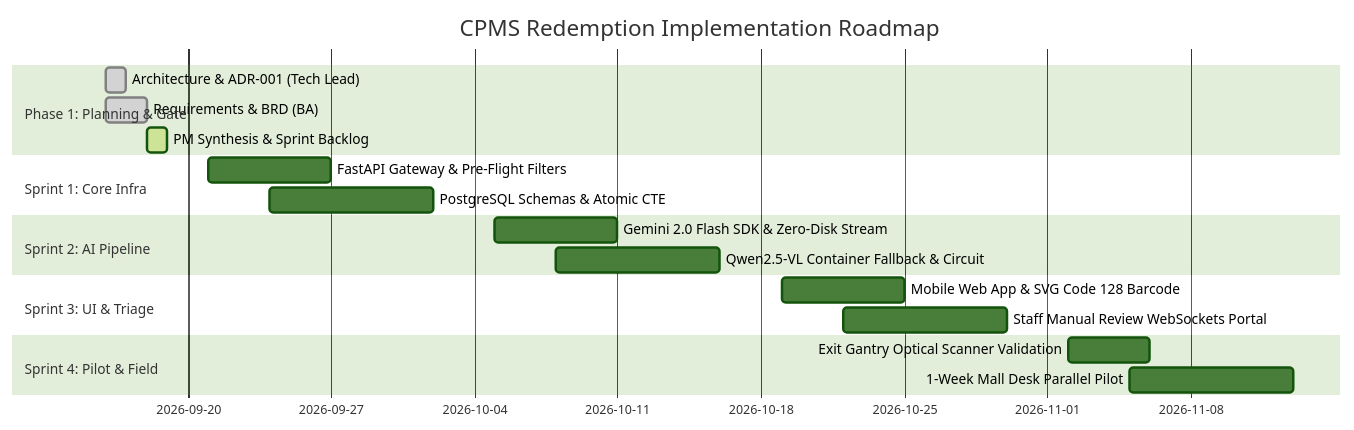
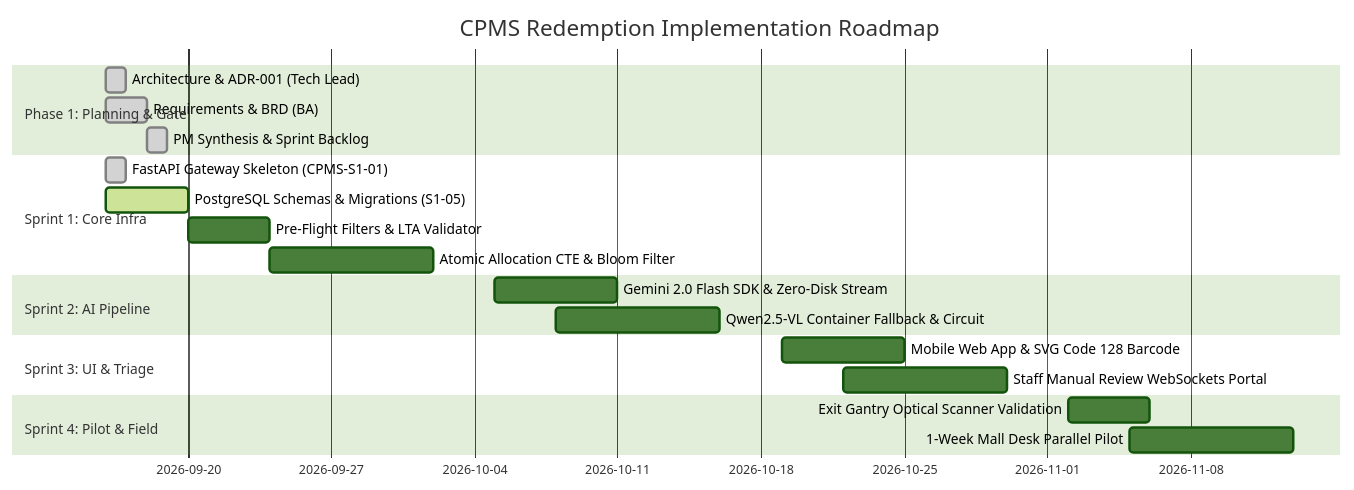
One commit to syafiqabdha/cpms-redemption changed the diagram in docs/project-management/ROADMAP.md. Above: the diagram before and after it, drawn with Mermaid (forest theme). The commit also changed other lines of this file and 1 other file, not shown here.

Commit message:
docs(pm): establish project profile and update roadmap status to Sprint 1

````diff
--- a/docs/project-management/ROADMAP.md
+++ b/docs/project-management/ROADMAP.md
@@ -27,21 +27,23 @@
 ```mermaid
 gantt
     title CPMS Redemption Implementation Roadmap
     dateFormat  YYYY-MM-DD
     section Phase 1: Planning & Gate
     Architecture & ADR-001 (Tech Lead)     :done,    des1, 2026-09-16, 2026-09-17
     Requirements & BRD (BA)                :done,    des2, 2026-09-16, 2026-09-18
-    PM Synthesis & Sprint Backlog          :active,  des3, 2026-09-18, 2026-09-19
+    PM Synthesis & Sprint Backlog          :done,    des3, 2026-09-18, 2026-09-19
     section Sprint 1: Core Infra
-    FastAPI Gateway & Pre-Flight Filters   :         s1_1, 2026-09-21, 2026-09-27
-    PostgreSQL Schemas & Atomic CTE        :         s1_2, 2026-09-24, 2026-10-02
+    FastAPI Gateway Skeleton (CPMS-S1-01)  :done,    s1_1, 2026-09-16, 2026-09-17
+    PostgreSQL Schemas & Migrations (S1-05):active,  s1_2, 2026-09-16, 2026-09-20
+    Pre-Flight Filters & LTA Validator     :         s1_3, 2026-09-20, 2026-09-24
+    Atomic Allocation CTE & Bloom Filter   :         s1_4, 2026-09-24, 2026-10-02
     section Sprint 2: AI Pipeline
     Gemini 2.0 Flash SDK & Zero-Disk Stream:         s2_1, 2026-10-05, 2026-10-11
     Qwen2.5-VL Container Fallback & Circuit:        s2_2, 2026-10-08, 2026-10-16
     section Sprint 3: UI & Triage
     Mobile Web App & SVG Code 128 Barcode  :         s3_1, 2026-10-19, 2026-10-25
     Staff Manual Review WebSockets Portal  :         s3_2, 2026-10-22, 2026-10-30
     section Sprint 4: Pilot & Field
     Exit Gantry Optical Scanner Validation :         s4_1, 2026-11-02, 2026-11-06
     1-Week Mall Desk Parallel Pilot        :         s4_2, 2026-11-05, 2026-11-13
 ```
````
